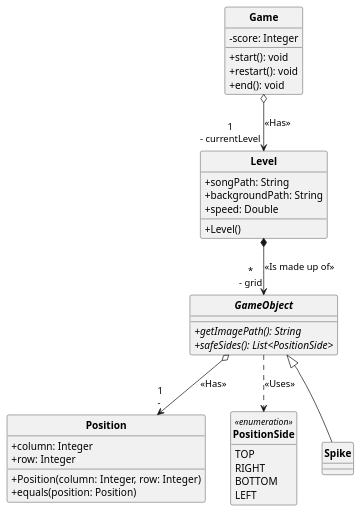
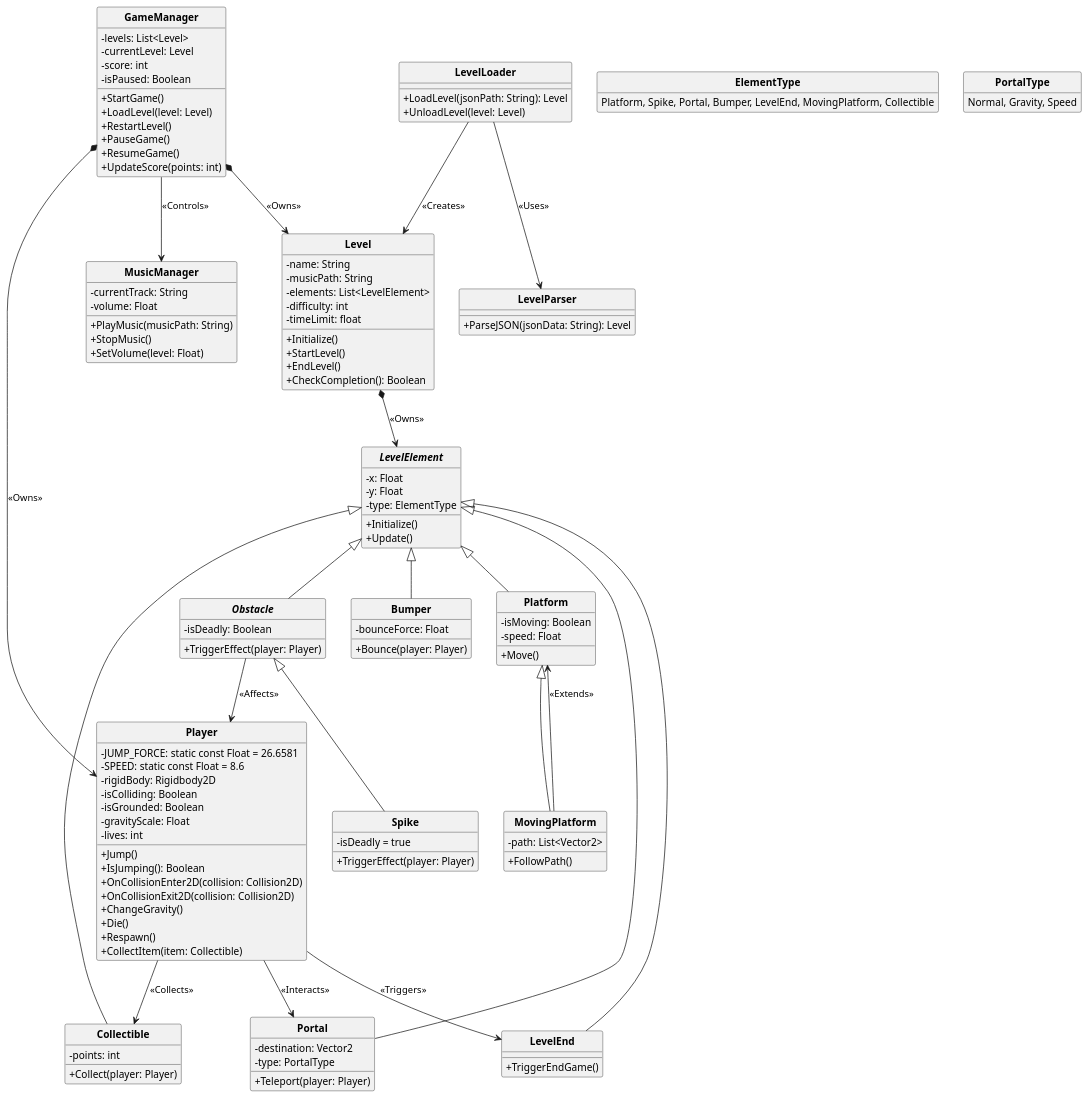
One commit to boudji-ludwig-pett/cnam-geometry-dash changed the diagram in Documentation/UML/class-diagram.puml. Above: the diagram before and after it, drawn with PlantUML.

Commit message:
docs(class-diagram): complete class diagram

```diff
--- a/Documentation/UML/class-diagram.puml
+++ b/Documentation/UML/class-diagram.puml
@@ -1,50 +1,137 @@
-@startuml Geometry Dash - Diagramme de classe
+@startuml GeometryDash
 
 skinparam style strictuml
 skinparam classAttributeIconSize 0
 skinparam classFontStyle Bold
 hide enum methods
 
-class Position {
-  {field} + column: Integer
-  {field} + row: Integer
-
-  {method} + Position(column: Integer, row: Integer)
-  {method} + equals(position: Position)
+class GameManager {
+  - levels: List<Level>
+  - currentLevel: Level
+  - score: int
+  - isPaused: Boolean
+  + StartGame()
+  + LoadLevel(level: Level)
+  + RestartLevel()
+  + PauseGame()
+  + ResumeGame()
+  + UpdateScore(points: int)
 }
 
 class Level {
-  {field} + songPath: String
-  {field} + backgroundPath: String
-  {field} + speed: Double
-
-  {method} + Level()
-}
-Level *--> "*\n- grid" GameObject : <<Is made up of>>
-
-abstract class GameObject {
-  {method} + getImagePath(): String {abstract}
-  {method} + safeSides(): List<PositionSide> {abstract}
-}
-GameObject o--> "1\n- " Position : <<Has>>
-GameObject ..> PositionSide : <<Uses>>
-
-class Spike extends GameObject {}
-
-class Game {
-  {field} - score: Integer
-
-  {method} + start(): void
-  {method} + restart(): void
-  {method} + end(): void
-}
-Game o--> "1\n- currentLevel" Level : <<Has>>
-
-enum PositionSide <<enumeration>> {
-  TOP
-  RIGHT
-  BOTTOM
-  LEFT
+  - name: String
+  - musicPath: String
+  - elements: List<LevelElement>
+  - difficulty: int
+  - timeLimit: float
+  + Initialize()
+  + StartLevel()
+  + EndLevel()
+  + CheckCompletion(): Boolean
 }
 
+abstract class LevelElement {
+  - x: Float
+  - y: Float
+  - type: ElementType
+  + Initialize()
+  + Update()
+}
+
+enum ElementType {
+  Platform, Spike, Portal, Bumper, LevelEnd, MovingPlatform, Collectible
+}
+
+abstract class Obstacle extends LevelElement {
+  - isDeadly: Boolean
+  + TriggerEffect(player: Player)
+}
+
+class Platform extends LevelElement {
+  - isMoving: Boolean
+  - speed: Float
+  + Move()
+}
+
+class MovingPlatform extends Platform {
+  - path: List<Vector2>
+  + FollowPath()
+}
+
+class Spike extends Obstacle {
+  - isDeadly = true
+  + TriggerEffect(player: Player)
+}
+
+class Portal extends LevelElement {
+  - destination: Vector2
+  - type: PortalType
+  + Teleport(player: Player)
+}
+
+enum PortalType {
+  Normal, Gravity, Speed
+}
+
+class Bumper extends LevelElement {
+  - bounceForce: Float
+  + Bounce(player: Player)
+}
+
+class LevelEnd extends LevelElement {
+  + TriggerEndGame()
+}
+
+class Collectible extends LevelElement {
+  - points: int
+  + Collect(player: Player)
+}
+
+class Player {
+  - JUMP_FORCE: static const Float = 26.6581
+  - SPEED: static const Float = 8.6
+  - rigidBody: Rigidbody2D
+  - isColliding: Boolean
+  - isGrounded: Boolean
+  - gravityScale: Float
+  - lives: int
+  + Jump()
+  + IsJumping(): Boolean
+  + OnCollisionEnter2D(collision: Collision2D)
+  + OnCollisionExit2D(collision: Collision2D)
+  + ChangeGravity()
+  + Die()
+  + Respawn()
+  + CollectItem(item: Collectible)
+}
+
+class LevelLoader {
+  + LoadLevel(jsonPath: String): Level
+  + UnloadLevel(level: Level)
+}
+
+class LevelParser {
+  + ParseJSON(jsonData: String): Level
+}
+
+class MusicManager {
+  - currentTrack: String
+  - volume: Float
+  + PlayMusic(musicPath: String)
+  + StopMusic()
+  + SetVolume(level: Float)
+}
+
+GameManager *--> Level : <<Owns>>
+Level *--> LevelElement : <<Owns>>
+GameManager *--> Player : <<Owns>>
+LevelLoader --> Level : <<Creates>>
+LevelLoader --> LevelParser : <<Uses>>
+GameManager --> MusicManager : <<Controls>>
+Player --> LevelEnd : <<Triggers>>
+Player --> Portal : <<Interacts>>
+Player --> Collectible : <<Collects>>
+Obstacle --> Player : <<Affects>>
+MovingPlatform --> Platform : <<Extends>>
+
 @enduml
```
